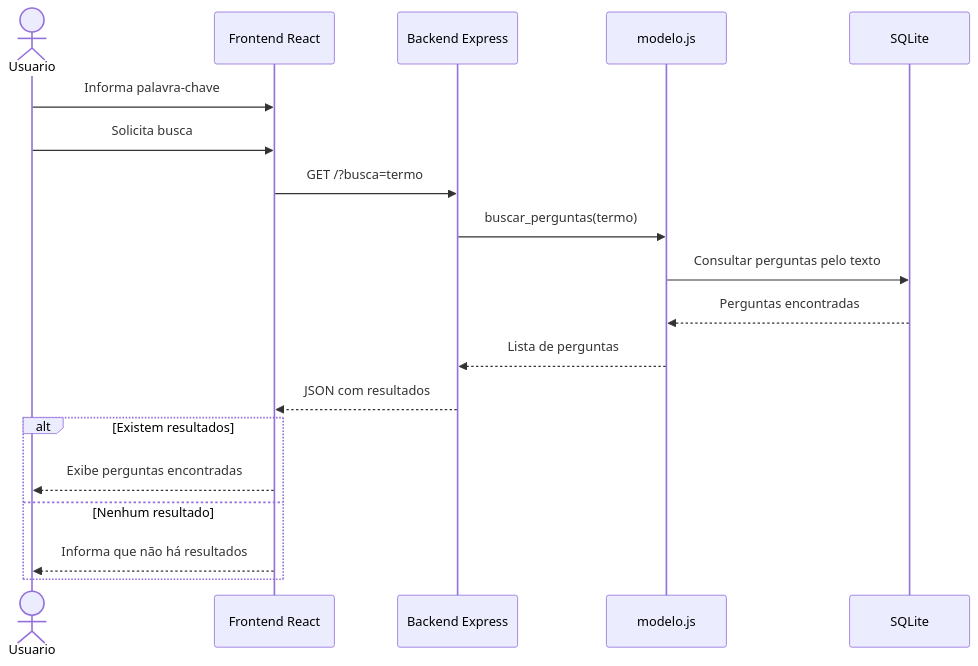
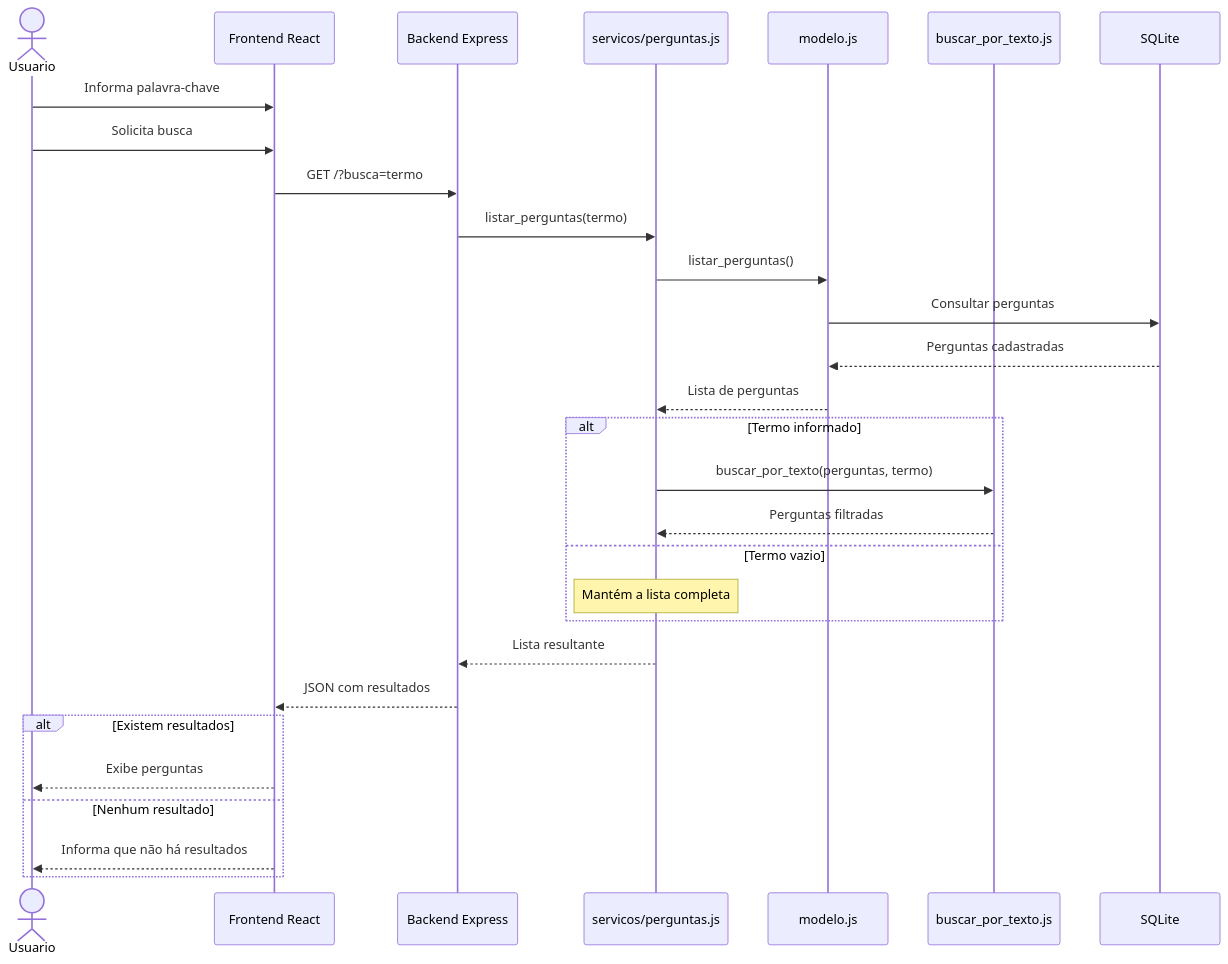
One commit to diastsx/esmforum changed the diagram in diagrama_sequencia.mmd. Above: the diagram before and after it, drawn with Mermaid. The commit also changed 11 other files, not shown here.

```diff
--- a/diagrama_sequencia.mmd
+++ b/diagrama_sequencia.mmd
@@ -1,22 +1,34 @@
 sequenceDiagram
     actor Usuario
     participant Frontend as Frontend React
     participant Backend as Backend Express
+    participant Servico as servicos/perguntas.js
     participant Modelo as modelo.js
+    participant Estrategia as buscar_por_texto.js
     participant Banco as SQLite
 
     Usuario->>Frontend: Informa palavra-chave
     Usuario->>Frontend: Solicita busca
+    Frontend->>Backend: GET /?busca=termo
 
-    Frontend->>Backend: GET /?busca=termo
-    Backend->>Modelo: buscar_perguntas(termo)
-    Modelo->>Banco: Consultar perguntas pelo texto
-    Banco-->>Modelo: Perguntas encontradas
-    Modelo-->>Backend: Lista de perguntas
+    Backend->>Servico: listar_perguntas(termo)
+    Servico->>Modelo: listar_perguntas()
+    Modelo->>Banco: Consultar perguntas
+    Banco-->>Modelo: Perguntas cadastradas
+    Modelo-->>Servico: Lista de perguntas
+
+    alt Termo informado
+        Servico->>Estrategia: buscar_por_texto(perguntas, termo)
+        Estrategia-->>Servico: Perguntas filtradas
+    else Termo vazio
+        Note over Servico: Mantém a lista completa
+    end
+
+    Servico-->>Backend: Lista resultante
     Backend-->>Frontend: JSON com resultados
 
     alt Existem resultados
-        Frontend-->>Usuario: Exibe perguntas encontradas
+        Frontend-->>Usuario: Exibe perguntas
     else Nenhum resultado
         Frontend-->>Usuario: Informa que não há resultados
     end
```
